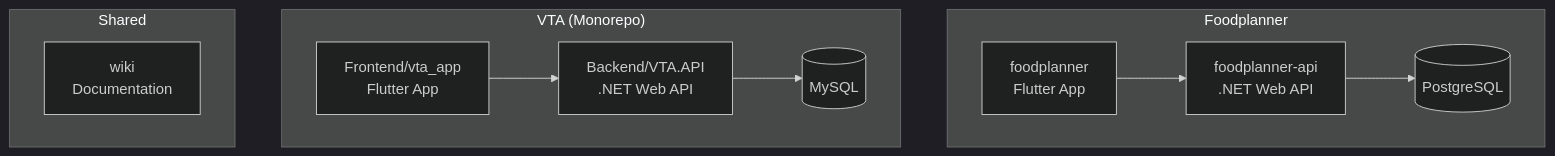
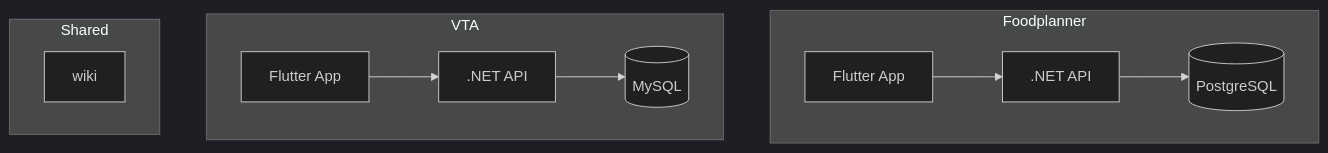
One commit to aau-giraf/wiki changed the first of 5 diagrams in docs/Development/architecture.md. Above: the diagram before and after it, drawn with Mermaid (dark theme). The commit also changed other lines of this file, not shown here.

Commit message:
Add equal VTA coverage to architecture overview

````diff
--- a/docs/Development/architecture.md
+++ b/docs/Development/architecture.md
@@ -9,20 +9,20 @@
 ```mermaid
 graph TB
     subgraph "Foodplanner"
-        FP["foodplanner<br/>Flutter App"]
-        FP_API["foodplanner-api<br/>.NET Web API"]
+        FP["Flutter App"]
+        FP_API[".NET API"]
         FP_DB[(PostgreSQL)]
         FP --> FP_API --> FP_DB
     end
 
-    subgraph "VTA (Monorepo)"
-        VTA_APP["Frontend/vta_app<br/>Flutter App"]
-        VTA_API["Backend/VTA.API<br/>.NET Web API"]
+    subgraph "VTA"
+        VTA_APP["Flutter App"]
+        VTA_API[".NET API"]
         VTA_DB[(MySQL)]
         VTA_APP --> VTA_API --> VTA_DB
     end
 
     subgraph "Shared"
-        WIKI["wiki<br/>Documentation"]
+        WIKI["wiki"]
     end
 ```
````
